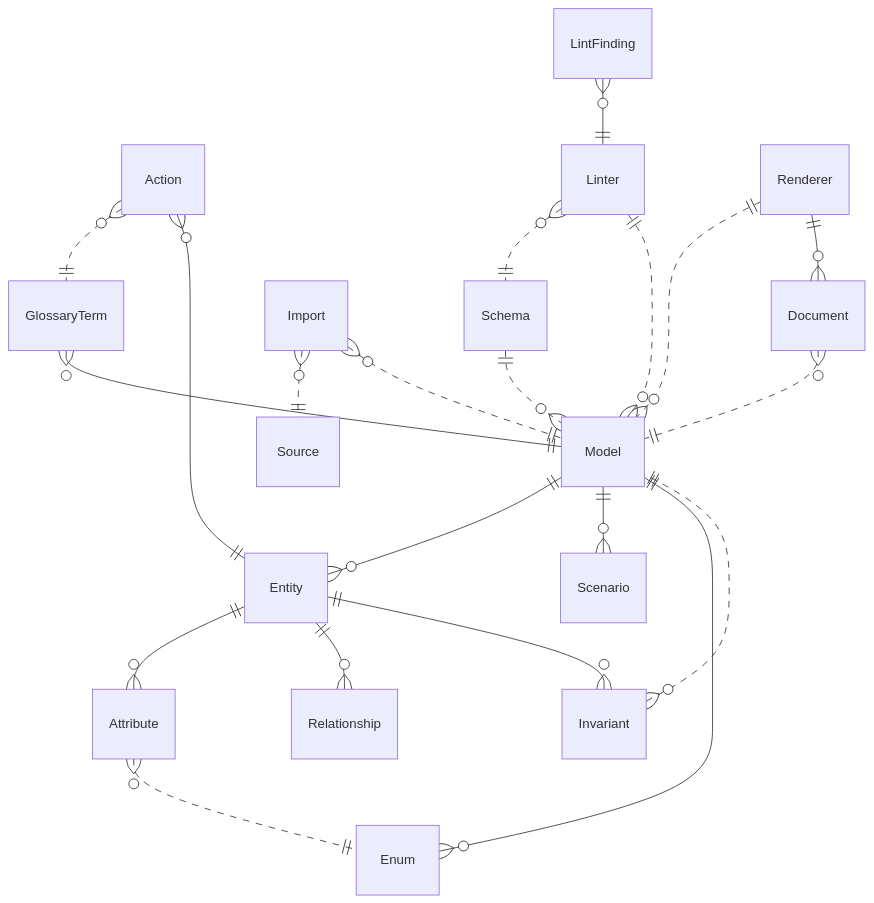
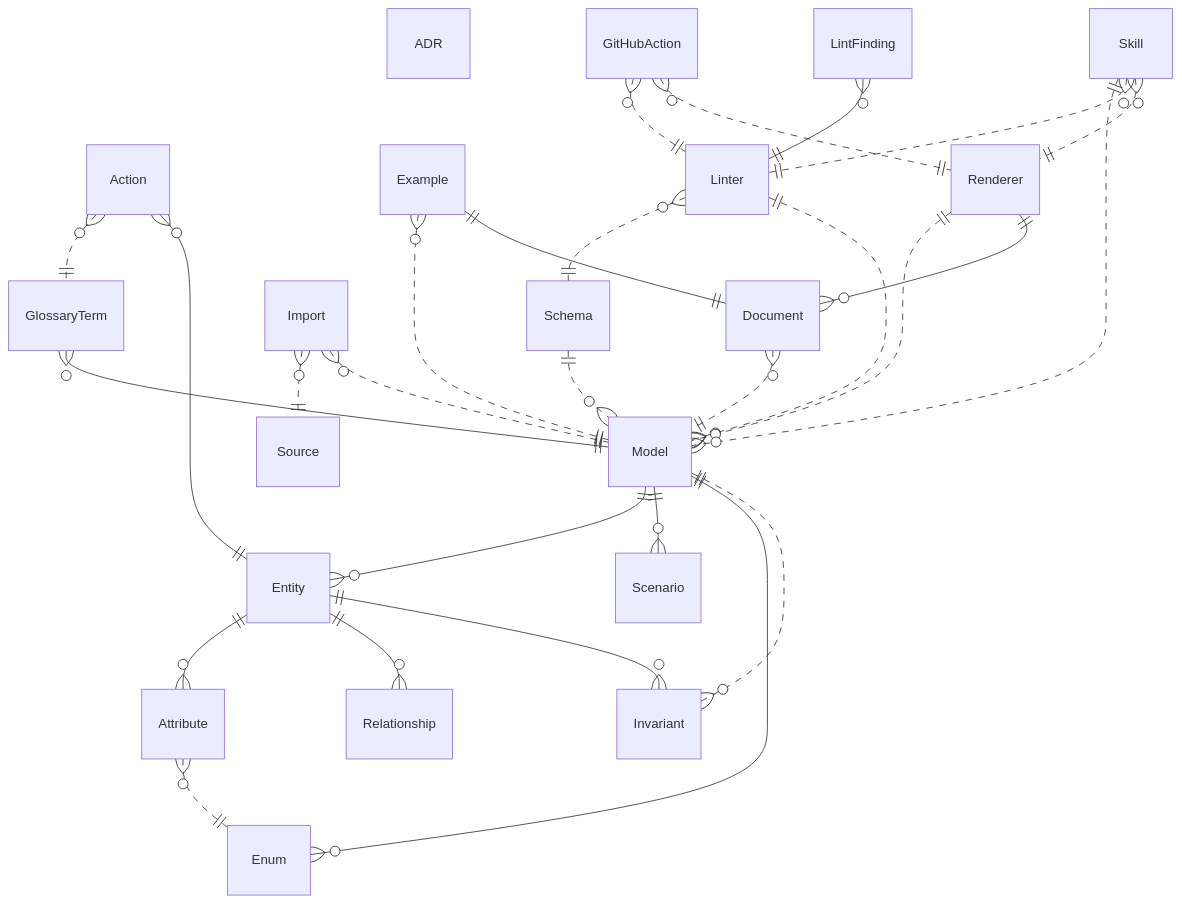
The diagram in domain-model/modelith.modelith.md (gosharplite/modelith), drawn with Mermaid before and after one commit. The commit also changed other lines of this file and 1 other file, not shown here.

First line of the commit message:
feat: revise self domain model — ecosystem entities, real invariants, full coverage

````diff
--- a/domain-model/modelith.modelith.md
+++ b/domain-model/modelith.modelith.md
@@ -405,39 +491,50 @@
 ```mermaid
 erDiagram
+    ADR {}
     Action {}
     Attribute {}
     Document {}
     Entity {}
     Enum {}
+    Example {}
+    GitHubAction {}
     GlossaryTerm {}
     Import {}
     Invariant {}
     LintFinding {}
     Linter {}
     Model {}
     Relationship {}
     Renderer {}
     Scenario {}
     Schema {}
+    Skill {}
     Source {}
     Action }o..|| GlossaryTerm : ""
     Attribute }o..|| Enum : ""
     Document }o..|| Model : ""
     Entity ||--o{ Attribute : ""
     Entity ||--o{ Relationship : ""
     Entity ||--o{ Action : ""
     Entity ||--o{ Invariant : ""
     Enum }o--|| Model : ""
+    Example }o..|| Model : ""
+    Example ||--|| Document : ""
+    GitHubAction }o..|| Linter : ""
+    GitHubAction }o..|| Renderer : ""
     GlossaryTerm }o--|| Model : ""
     Import }o..|| Source : ""
     Import }o..|| Model : ""
     Invariant }o..|| Model : ""
     LintFinding }o--|| Linter : ""
     Linter }o..|| Schema : ""
     Linter ||..o{ Model : ""
     Model ||--o{ Entity : ""
     Model ||--o{ Scenario : ""
     Renderer ||..o{ Model : ""
     Renderer ||--o{ Document : ""
     Schema ||..o{ Model : ""
+    Skill ||..o{ Model : ""
+    Skill }o..|| Linter : ""
+    Skill }o..|| Renderer : ""
 ```
````
